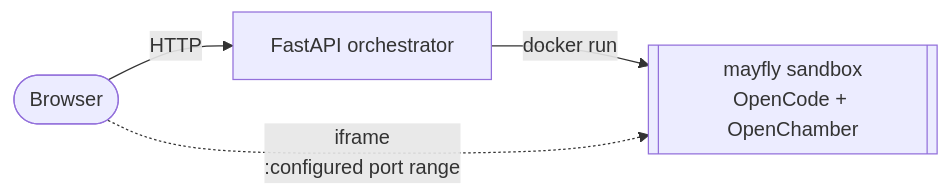
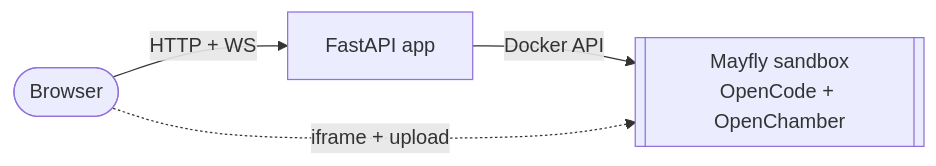
One commit to Th3R3alDuk3/Mayfly changed the diagram in README.md. Above: the diagram before and after it, drawn with Mermaid. The commit also changed other lines of this file, not shown here.

````diff
--- a/README.md
+++ b/README.md
@@ -19,6 +19,6 @@
 ```mermaid
 flowchart LR
-  B([Browser]) -- HTTP --> A[FastAPI orchestrator]
-  A -- docker run --> M[[mayfly sandbox<br/>OpenCode + OpenChamber]]
-  B -. iframe<br/>:configured port range .-> M
+  B([Browser]) -- HTTP + WS --> A[FastAPI app]
+  A -- Docker API --> M[[Mayfly sandbox<br/>OpenCode + OpenChamber]]
+  B -. iframe + upload .-> M
 ```
````
